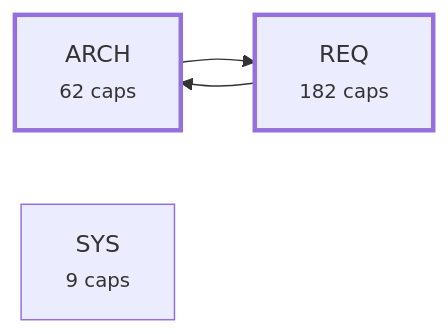
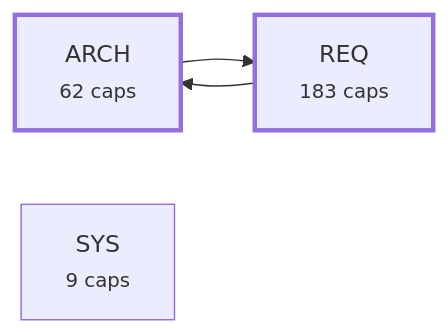
Before and after one commit to alxmax/Requirement-manager: the third of 4 diagrams in plugin/requirements/_map.md, drawn with Mermaid. The commit also changed other lines of this file and 26 other files, not shown here.

````diff
--- a/plugin/requirements/_map.md
+++ b/plugin/requirements/_map.md
@@ -944,10 +945,10 @@
 ```mermaid
 graph LR
   a_ARCH["ARCH<br><small>62 caps</small>"]
-  a_REQ["REQ<br><small>182 caps</small>"]
+  a_REQ["REQ<br><small>183 caps</small>"]
   a_SYS["SYS<br><small>9 caps</small>"]
   a_ARCH --> a_REQ
   a_REQ --> a_ARCH
   style a_ARCH stroke-width:3px
   style a_REQ stroke-width:3px
 ```
````
